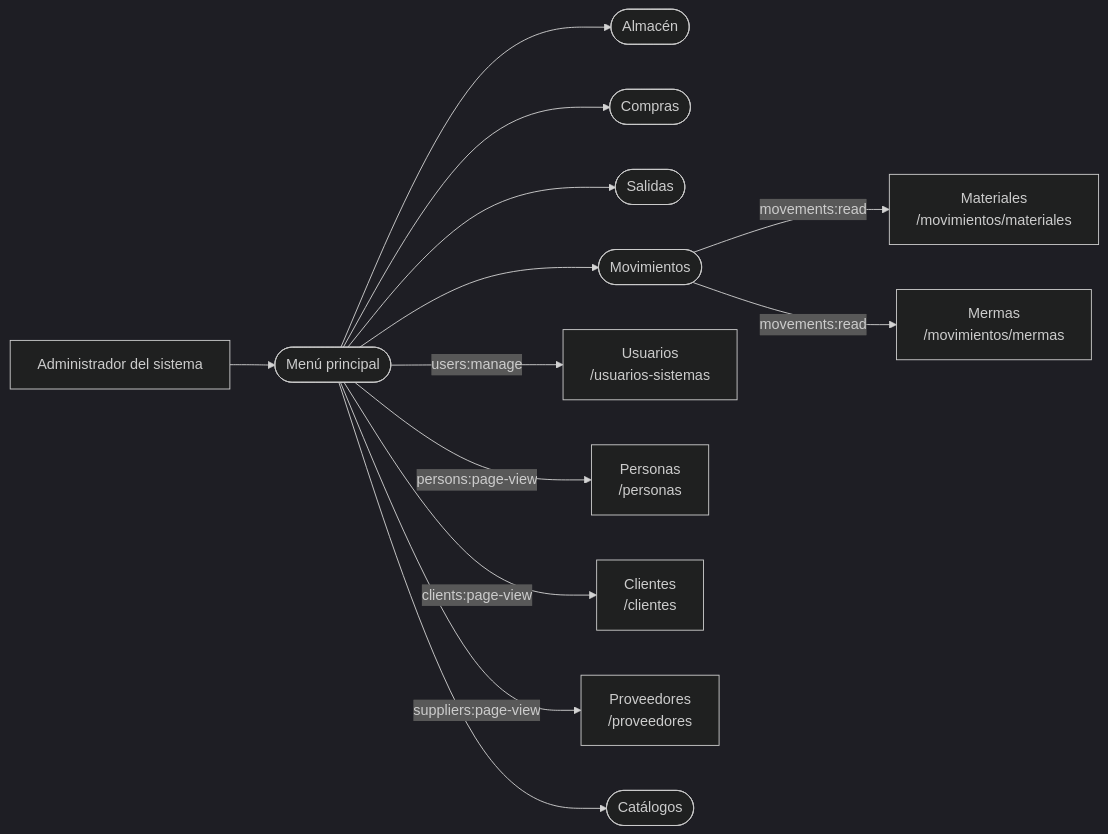
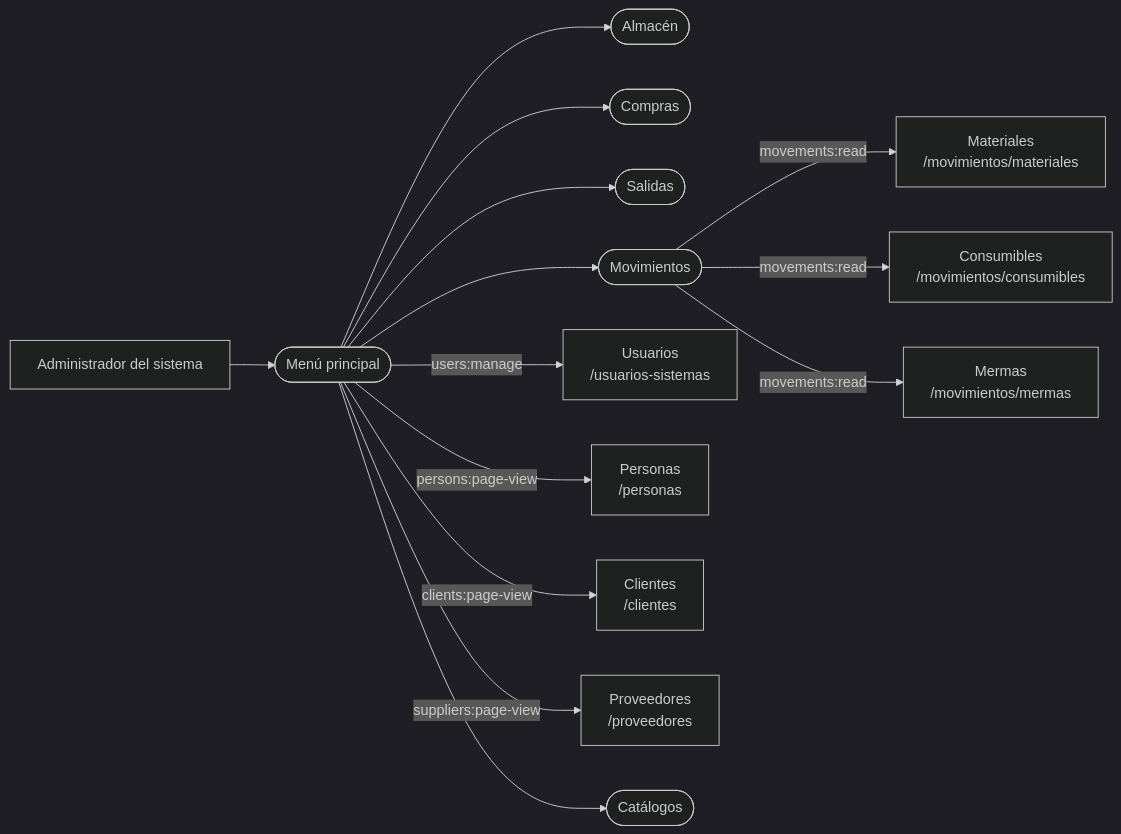
The third of 4 diagrams in docs/architecture/views/scenarios/web-navigation-and-screen-catalog/02-map-visual-of-navigation.md (gpgsistemas01/nexus), drawn with Mermaid (dark theme) before and after one commit. The commit also changed 338 other files, not shown here.

Commit message:
feat: agregar movimientos de consumibles y peso de merma en rollo

````diff
--- a/docs/architecture/views/scenarios/web-navigation-and-screen-catalog/02-map-visual-of-navigation.md
+++ b/docs/architecture/views/scenarios/web-navigation-and-screen-catalog/02-map-visual-of-navigation.md
@@ -94,15 +94,16 @@
 ```mermaid
 flowchart LR
     actor["Administrador del sistema"] --> menu(["Menú principal"])
     menu --> warehouse(["Almacén"])
     menu --> purchases(["Compras"])
     menu --> issues(["Salidas"])
     menu --> movements(["Movimientos"])
     movements -->|"movements:read"| materialMovements["Materiales<br/>/movimientos/materiales"]
+    movements -->|"movements:read"| consumableMovements["Consumibles<br/>/movimientos/consumibles"]
     movements -->|"movements:read"| wasteMovements["Mermas<br/>/movimientos/mermas"]
     menu -->|"users:manage"| users["Usuarios<br/>/usuarios-sistemas"]
     menu -->|"persons:page-view"| persons["Personas<br/>/personas"]
     menu -->|"clients:page-view"| clients["Clientes<br/>/clientes"]
     menu -->|"suppliers:page-view"| suppliers["Proveedores<br/>/proveedores"]
     menu --> catalogs(["Catálogos"])
 ```
````
